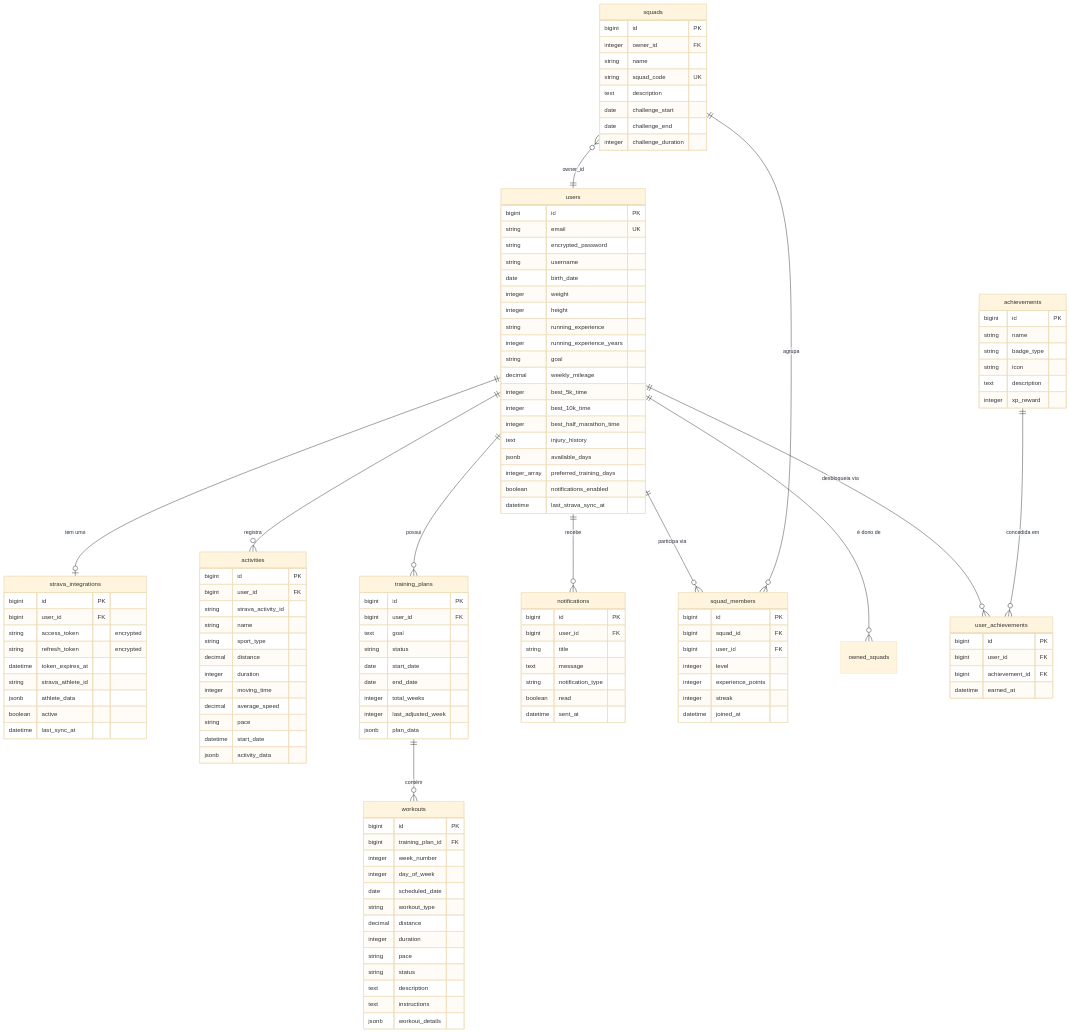
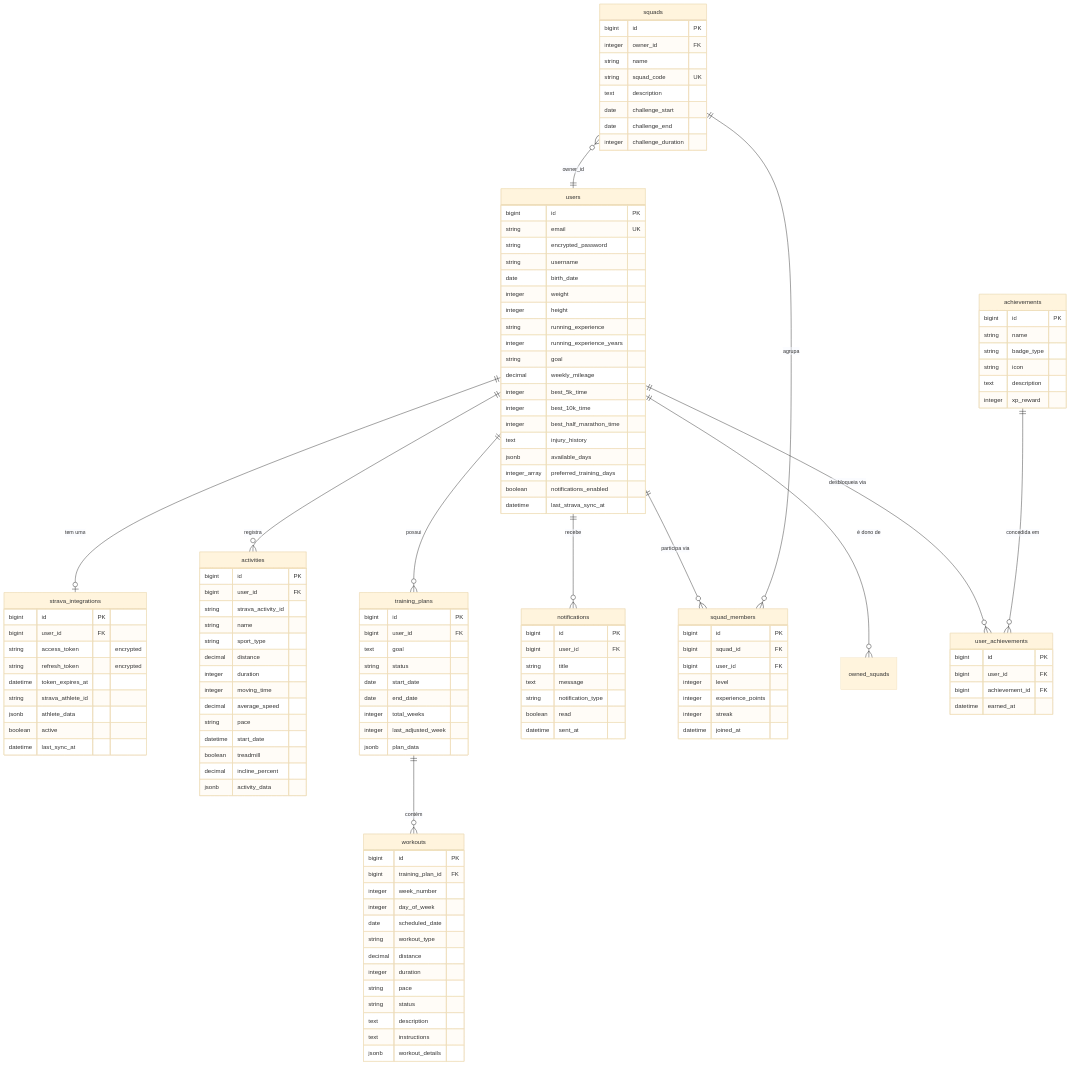
One commit to TiagosailE/Runify changed the diagram in docs/modelagem-banco-de-dados.md. Above: the diagram before and after it, drawn with Mermaid (base theme). The commit also changed other lines of this file and 22 other files, not shown here.

```diff
--- a/docs/modelagem-banco-de-dados.md
+++ b/docs/modelagem-banco-de-dados.md
@@ -100,6 +100,8 @@
         decimal average_speed
         string pace
         datetime start_date
+        boolean treadmill
+        decimal incline_percent
         jsonb activity_data
     }
 
```
